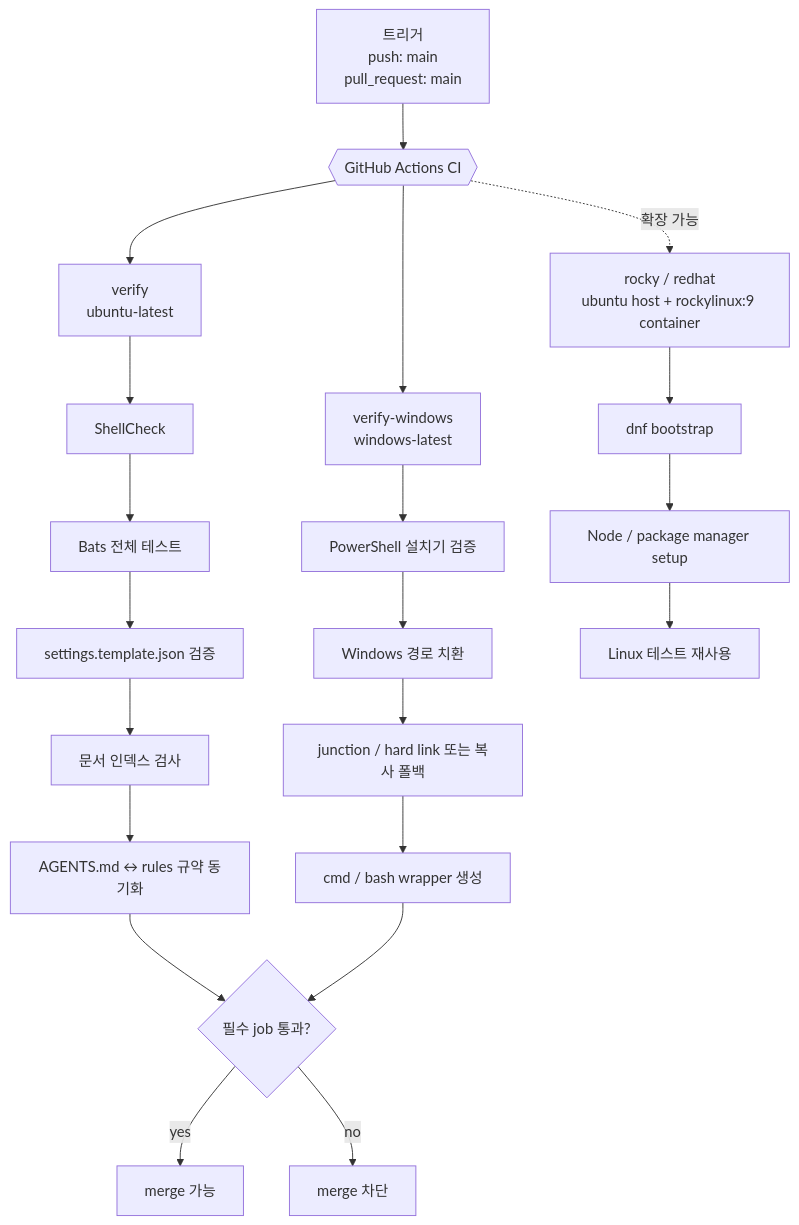
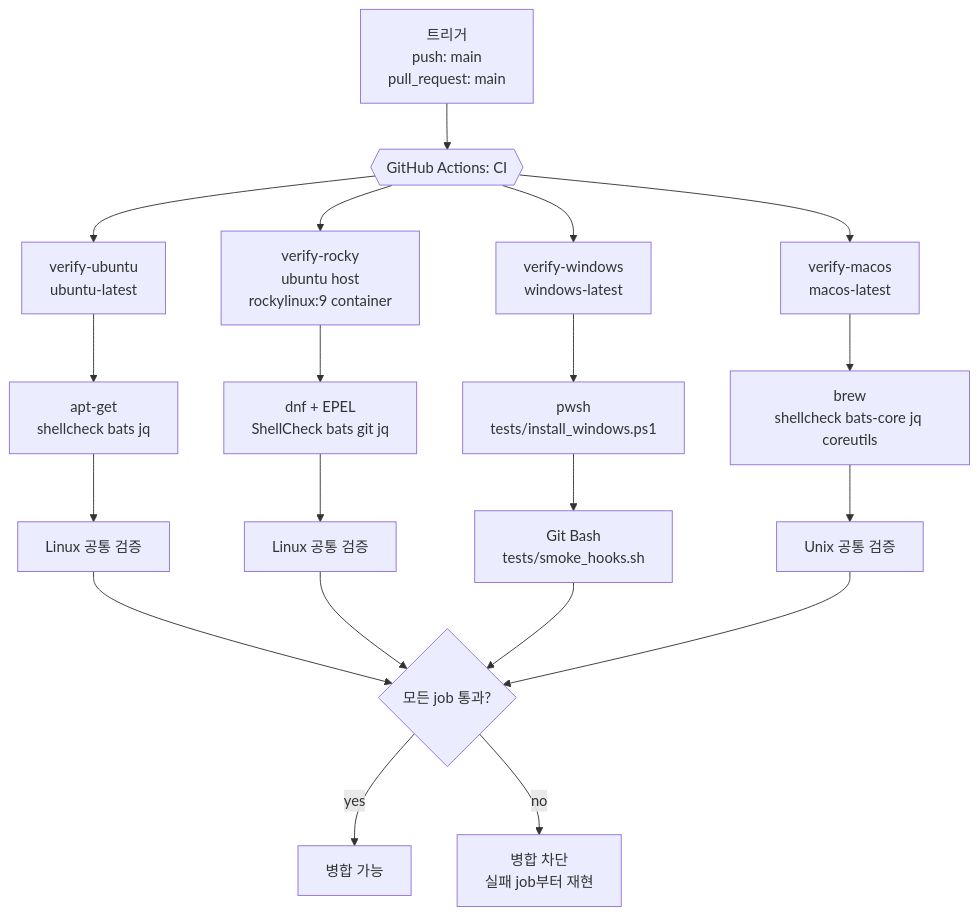
One commit to jomarusoup/Arachne changed the first of 9 diagrams in docs/ci.md. Above: the diagram before and after it, drawn with Mermaid. The commit also changed other lines of this file and 4 other files, not shown here.

````diff
--- a/docs/ci.md
+++ b/docs/ci.md
@@ -32,27 +31,29 @@
 ```mermaid
 flowchart TB
-    TRIG["트리거<br/>push: main<br/>pull_request: main"] --> CI{{"GitHub Actions CI"}}
-    CI --> U["verify<br/>ubuntu-latest"]
+    TRIG["트리거<br/>push: main<br/>pull_request: main"] --> CI{{"GitHub Actions: CI"}}
+
+    CI --> U["verify-ubuntu<br/>ubuntu-latest"]
+    CI --> R["verify-rocky<br/>ubuntu host<br/>rockylinux:9 container"]
     CI --> W["verify-windows<br/>windows-latest"]
-    CI -. "확장 가능" .-> R["rocky / redhat<br/>ubuntu host + rockylinux:9 container"]
+    CI --> M["verify-macos<br/>macos-latest"]
 
-    U --> U1["ShellCheck"]
-    U1 --> U2["Bats 전체 테스트"]
-    U2 --> U3["settings.template.json 검증"]
-    U3 --> U4["문서 인덱스 검사"]
-    U4 --> U5["AGENTS.md ↔ rules 규약 동기화"]
+    U --> U1["apt-get<br/>shellcheck bats jq"]
+    U1 --> COMMON_U["Linux 공통 검증"]
 
-    W --> W1["PowerShell 설치기 검증"]
-    W1 --> W2["Windows 경로 치환"]
-    W2 --> W3["junction / hard link 또는 복사 폴백"]
-    W3 --> W4["cmd / bash wrapper 생성"]
+    R --> R1["dnf + EPEL<br/>ShellCheck bats git jq"]
+    R1 --> COMMON_R["Linux 공통 검증"]
 
-    R --> R1["dnf bootstrap"]
-    R1 --> R2["Node / package manager setup"]
-    R2 --> R3["Linux 테스트 재사용"]
+    W --> W1["pwsh<br/>tests/install_windows.ps1"]
+    W1 --> W2["Git Bash<br/>tests/smoke_hooks.sh"]
 
-    U5 --> GATE{"필수 job 통과?"}
-    W4 --> GATE
-    GATE -->|yes| OK["merge 가능"]
-    GATE -->|no| BLOCK["merge 차단"]
+    M --> M1["brew<br/>shellcheck bats-core jq coreutils"]
+    M1 --> COMMON_M["Unix 공통 검증"]
+
+    COMMON_U --> GATE{"모든 job 통과?"}
+    COMMON_R --> GATE
+    W2 --> GATE
+    COMMON_M --> GATE
+
+    GATE -->|yes| OK["병합 가능"]
+    GATE -->|no| BLOCK["병합 차단<br/>실패 job부터 재현"]
 ```
````
